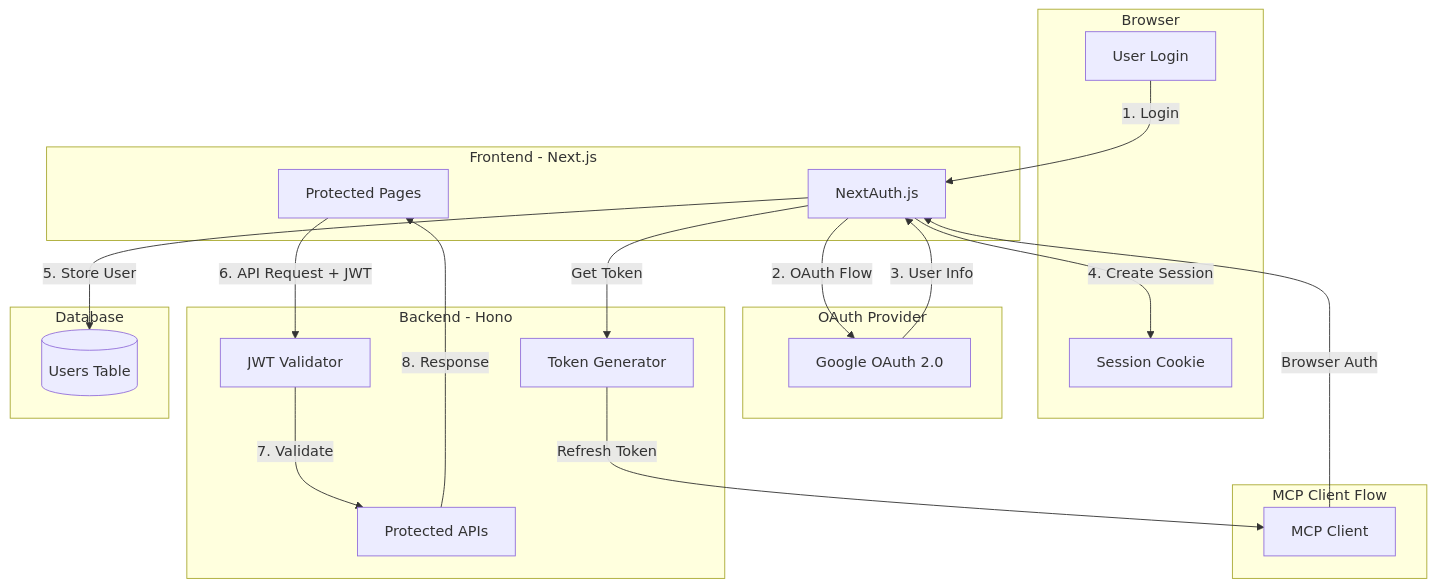
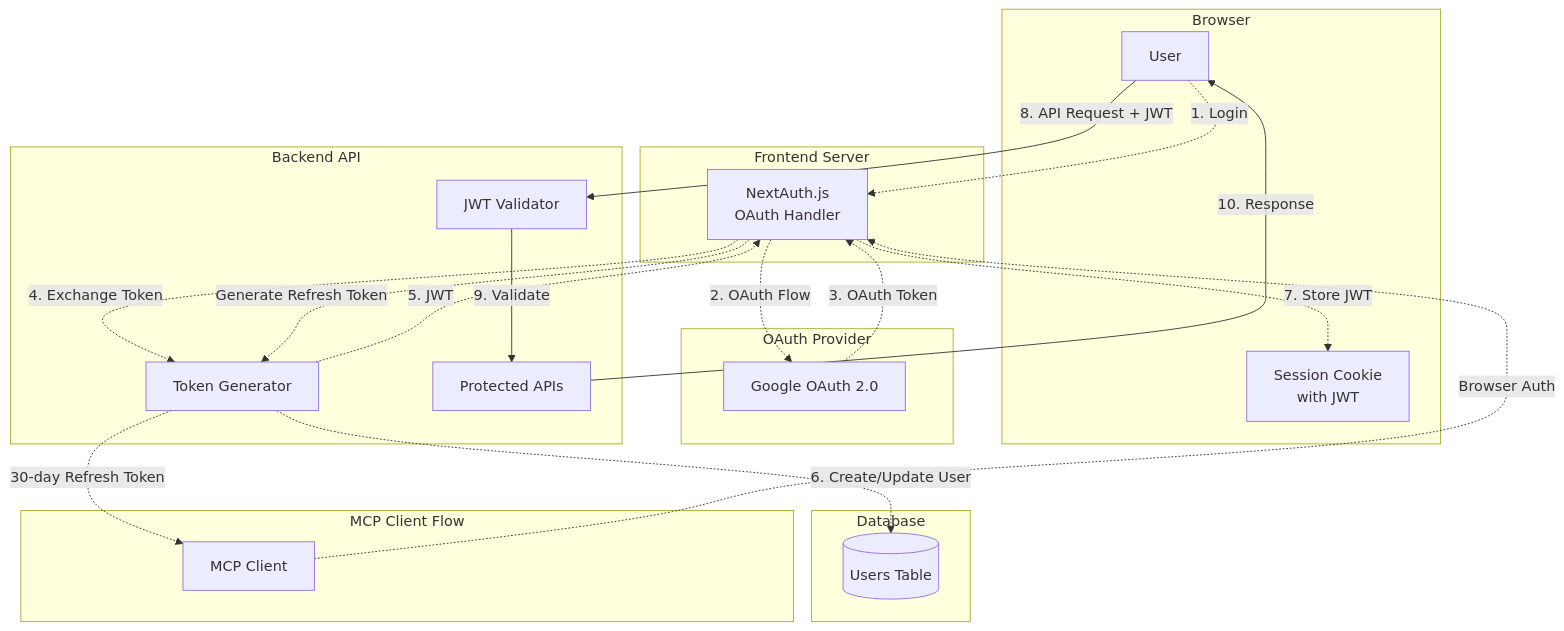
One commit to The-AI-Alliance/semiont changed the diagram in docs/AUTHENTICATION.md. Above: the diagram before and after it, drawn with Mermaid. The commit also changed other lines of this file and 7 other files, not shown here.

````diff
--- a/docs/AUTHENTICATION.md
+++ b/docs/AUTHENTICATION.md
@@ -20,43 +20,46 @@
 ```mermaid
-graph TD
+graph TB
     subgraph "Browser"
-        User[User Login]
-        Session[Session Cookie]
+        User[User]
+        Session[Session Cookie<br/>with JWT]
     end
 
-    subgraph "Frontend - Next.js"
-        NextAuth[NextAuth.js]
-        Pages[Protected Pages]
+    subgraph "Frontend Server"
+        NextAuth[NextAuth.js<br/>OAuth Handler]
     end
 
     subgraph "OAuth Provider"
         Google[Google OAuth 2.0]
     end
 
-    subgraph "Backend - Hono"
+    subgraph "Backend API"
+        TokenGen[Token Generator]
         JWT[JWT Validator]
         API[Protected APIs]
-        TokenGen[Token Generator]
     end
 
     subgraph "Database"
         Users[(Users Table)]
     end
 
-    User -->|1. Login| NextAuth
-    NextAuth -->|2. OAuth Flow| Google
-    Google -->|3. User Info| NextAuth
-    NextAuth -->|4. Create Session| Session
-    NextAuth -->|5. Store User| Users
+    %% OAuth flow (server-side only)
+    User -.->|1. Login| NextAuth
+    NextAuth -.->|2. OAuth Flow| Google
+    Google -.->|3. OAuth Token| NextAuth
+    NextAuth -.->|4. Exchange Token| TokenGen
+    TokenGen -.->|5. JWT| NextAuth
+    TokenGen -.->|6. Create/Update User| Users
+    NextAuth -.->|7. Store JWT| Session
 
-    Pages -->|6. API Request + JWT| JWT
-    JWT -->|7. Validate| API
-    API -->|8. Response| Pages
+    %% API calls (client-side from browser)
+    User -->|8. API Request + JWT| JWT
+    JWT -->|9. Validate| API
+    API -->|10. Response| User
 
     subgraph "MCP Client Flow"
         MCP[MCP Client]
-        MCP -->|Browser Auth| NextAuth
-        NextAuth -->|Get Token| TokenGen
-        TokenGen -->|Refresh Token| MCP
+        MCP -.->|Browser Auth| NextAuth
+        NextAuth -.->|Generate Refresh Token| TokenGen
+        TokenGen -.->|30-day Refresh Token| MCP
     end
 ```
````
